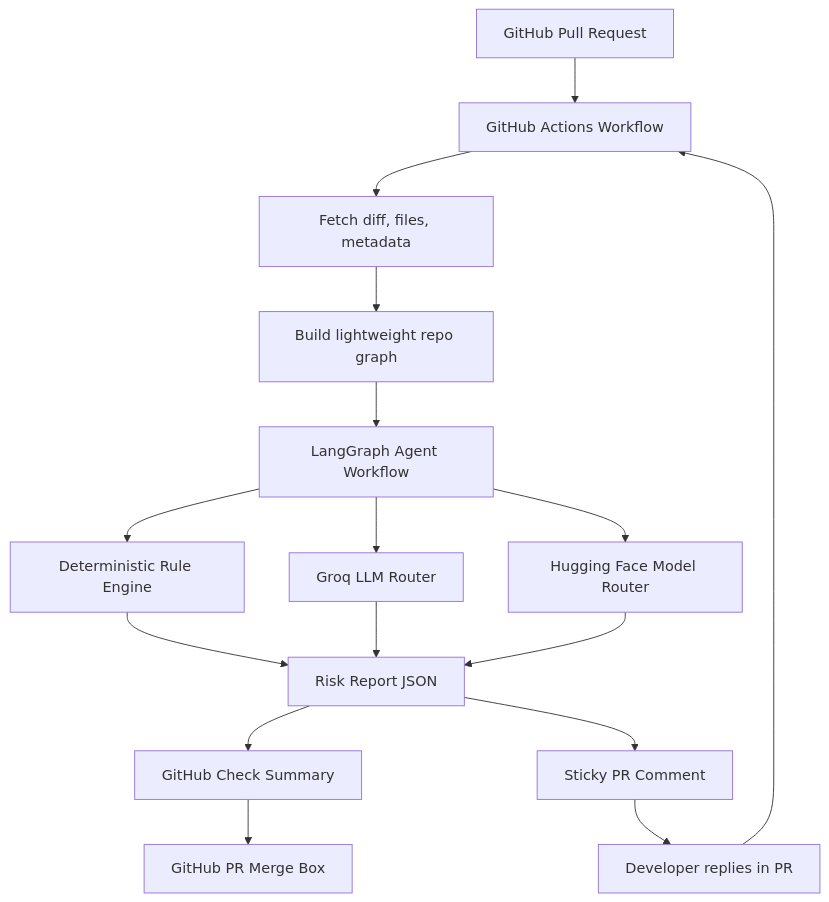
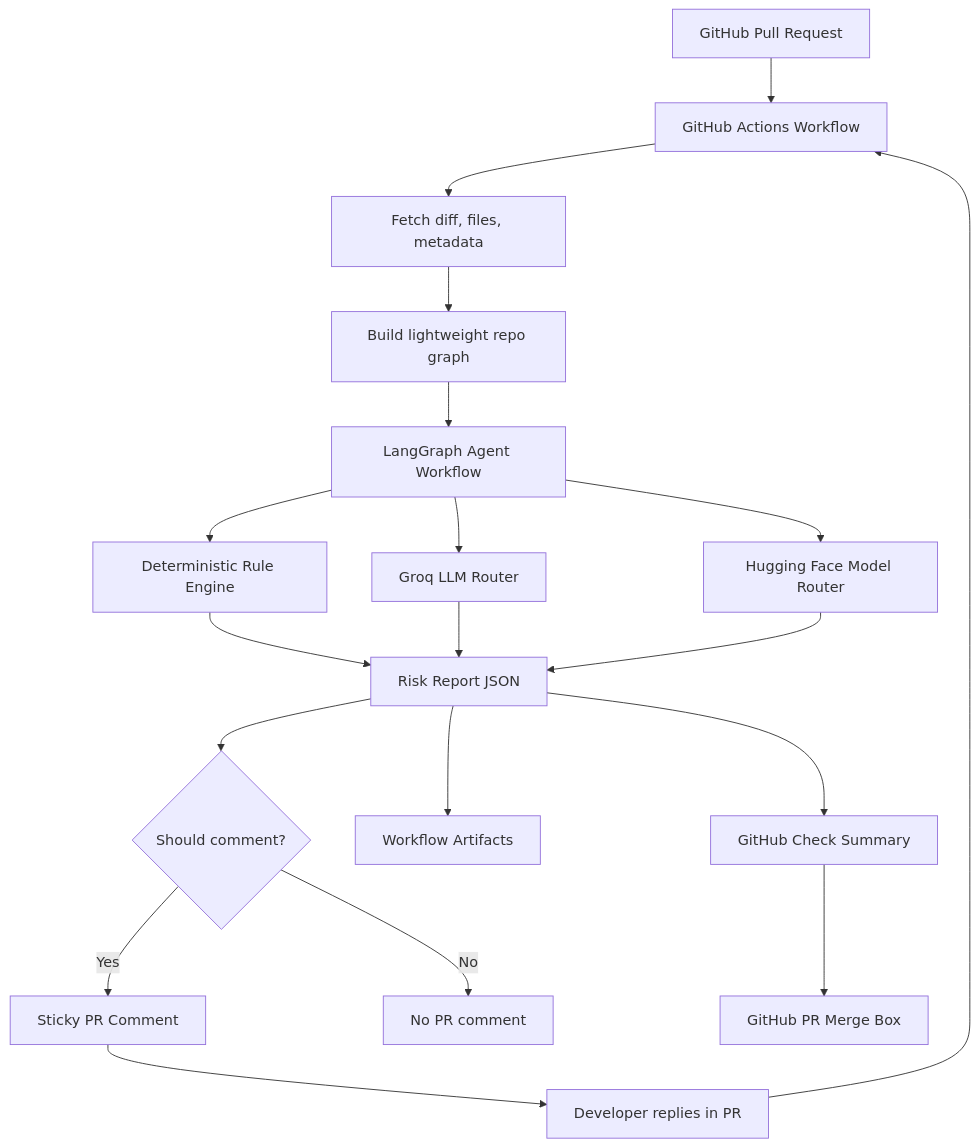
Before and after one commit to ayushkumar320/CodeGuardian: the first of 6 diagrams in doc/Phase-Wise-Build-Plan.md, drawn with Mermaid. The commit also changed other lines of this file and 9 other files, not shown here.

Commit message:
docs: align build prompts with context graph

````diff
--- a/doc/Phase-Wise-Build-Plan.md
+++ b/doc/Phase-Wise-Build-Plan.md
@@ -20,18 +20,21 @@
 ```mermaid
 flowchart TD
   PR["GitHub Pull Request"] --> ACT["GitHub Actions Workflow"]
   ACT --> FETCH["Fetch diff, files, metadata"]
   FETCH --> GRAPH["Build lightweight repo graph"]
   GRAPH --> LG["LangGraph Agent Workflow"]
   LG --> GROQ["Groq LLM Router"]
   LG --> HF["Hugging Face Model Router"]
   LG --> RULES["Deterministic Rule Engine"]
   RULES --> REPORT["Risk Report JSON"]
   GROQ --> REPORT
   HF --> REPORT
   REPORT --> CHECK["GitHub Check Summary"]
-  REPORT --> COMMENT["Sticky PR Comment"]
+  REPORT --> ART["Workflow Artifacts"]
+  REPORT --> DECIDE{"Should comment?"}
+  DECIDE -->|Yes| COMMENT["Sticky PR Comment"]
+  DECIDE -->|No| QUIET["No PR comment"]
   CHECK --> MERGE["GitHub PR Merge Box"]
   COMMENT --> USER["Developer replies in PR"]
   USER --> ACT
 ```
````
